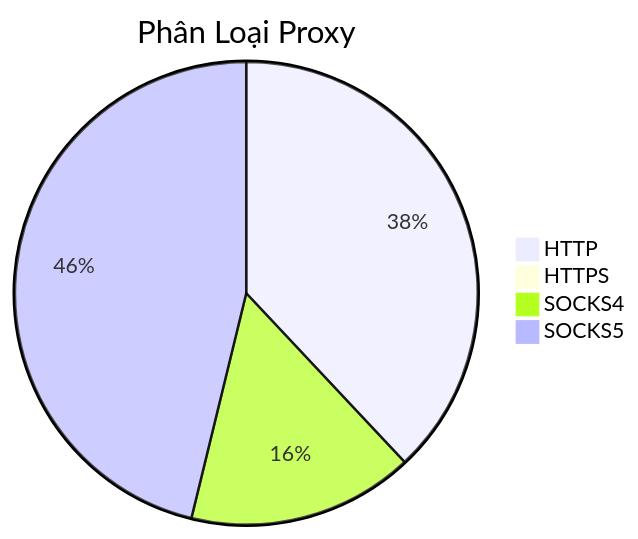
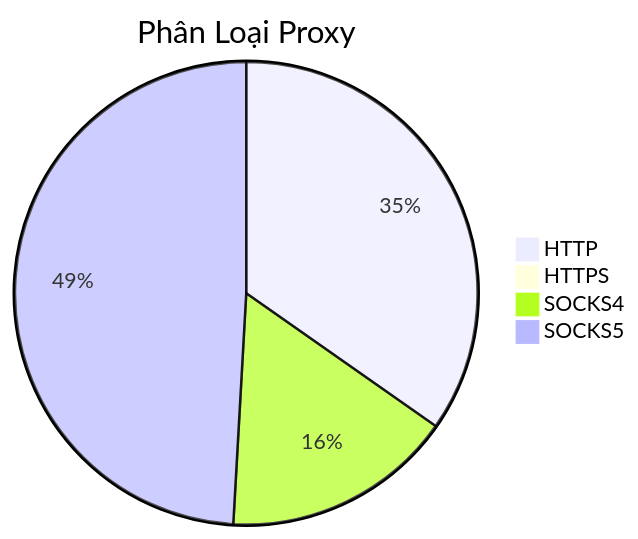
One commit to Ciara-12/PROXY-free changed the diagram in README.md. Above: the diagram before and after it, drawn with Mermaid. The commit also changed other lines of this file and 4 other files, not shown here.

````diff
--- a/README.md
+++ b/README.md
@@ -26,7 +26,7 @@
 ```mermaid
 pie title Phân Loại Proxy
-    "HTTP" : 659
-    "HTTPS" : 1
-    "SOCKS4" : 274
-    "SOCKS5" : 801
+    "HTTP" : 720
+    "HTTPS" : 0
+    "SOCKS4" : 335
+    "SOCKS5" : 1018
 ```
````
